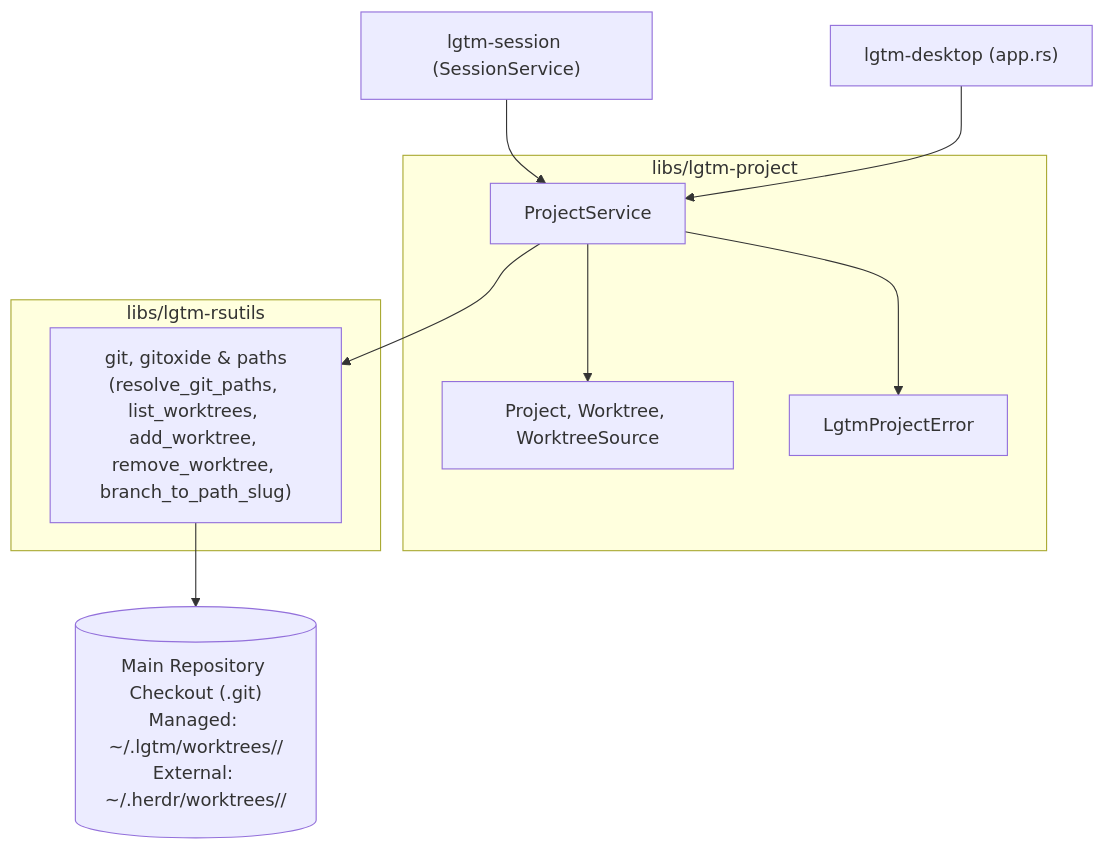
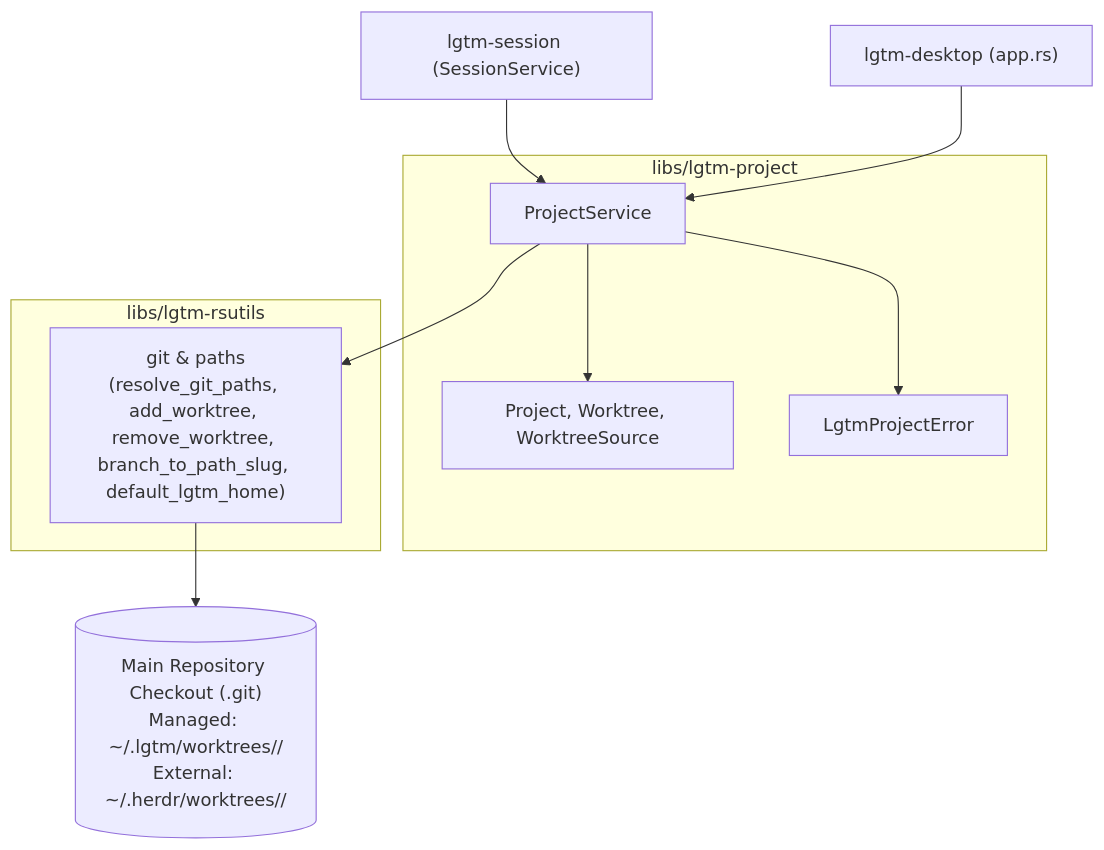
One commit to difflab-io/lgtm changed the first of 3 diagrams in docs/architecture/project/index.md. Above: the diagram before and after it, drawn with Mermaid. The commit also changed other lines of this file and 33 other files, not shown here.

````diff
--- a/docs/architecture/project/index.md
+++ b/docs/architecture/project/index.md
@@ -28,22 +28,22 @@
 ```mermaid
 flowchart TB
     SESSION["lgtm-session (SessionService)"]
     DESKTOP["lgtm-desktop (app.rs)"]
 
     subgraph ProjectLib["libs/lgtm-project"]
         SVC["ProjectService"]
         MODELS["Project, Worktree, WorktreeSource"]
         ERR["LgtmProjectError"]
         SVC --> MODELS
         SVC --> ERR
     end
 
     subgraph RsUtils["libs/lgtm-rsutils"]
-        GIT["git, gitoxide & paths\n(resolve_git_paths, list_worktrees, add_worktree, remove_worktree, branch_to_path_slug)"]
+        GIT["git & paths\n(resolve_git_paths, add_worktree, remove_worktree, branch_to_path_slug, default_lgtm_home)"]
     end
 
     SESSION --> SVC
     DESKTOP --> SVC
     SVC --> GIT
     GIT --> FS[("Main Repository Checkout (.git)\nManaged: ~/.lgtm/worktrees/<project>/<branch-slug>\nExternal: ~/.herdr/worktrees/<project>/<branch-slug>")]
 ```
````
